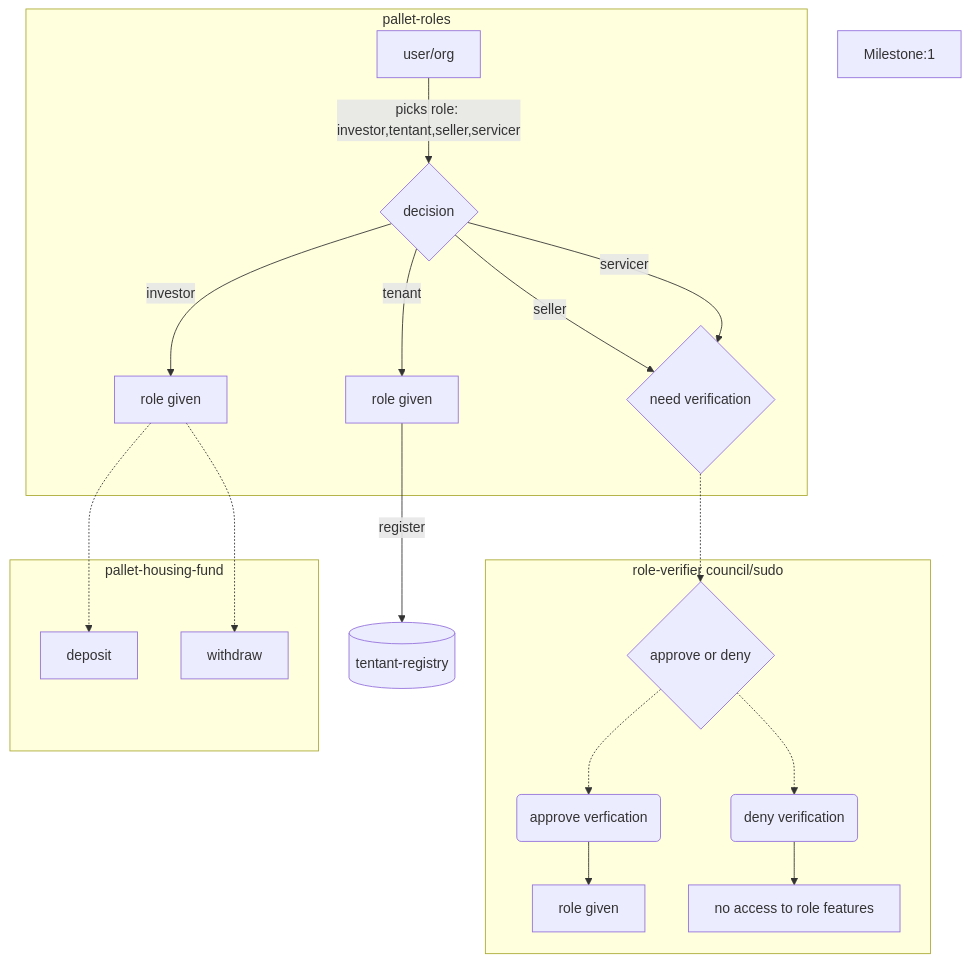
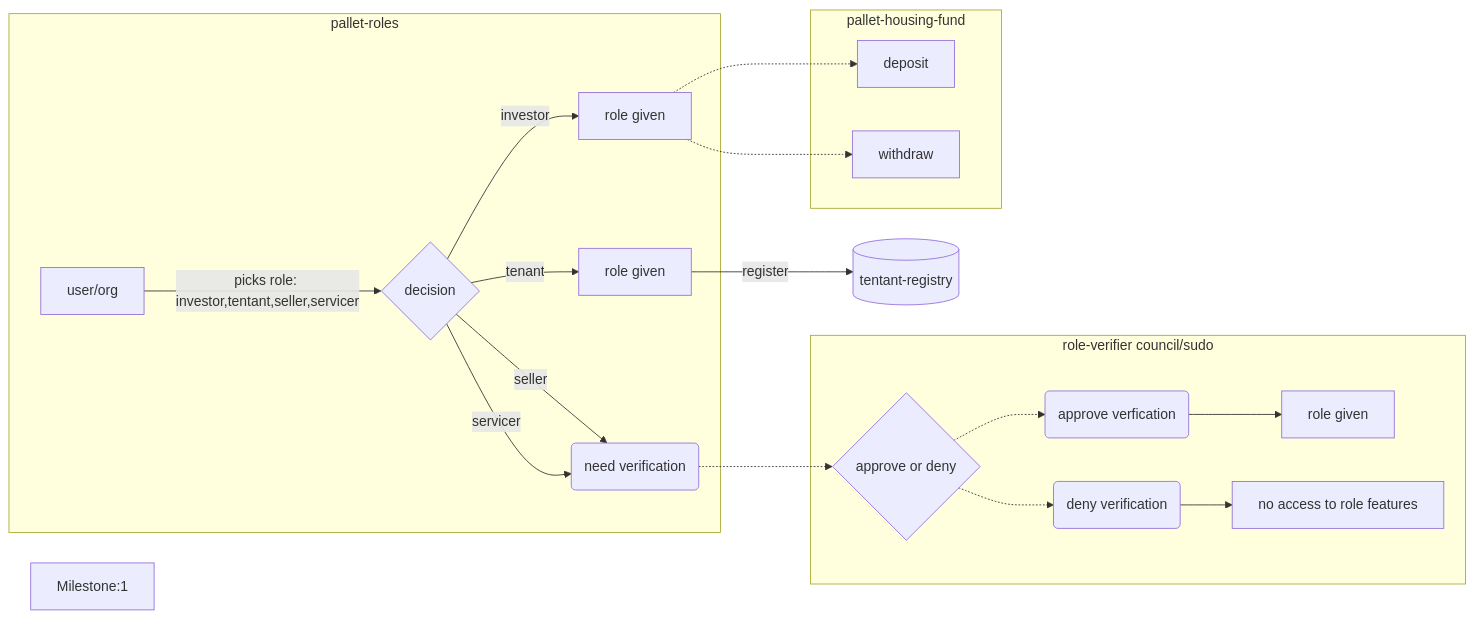
The second of 3 diagrams in applications/fair_squares.md (w3f/Grants-Program), drawn with Mermaid before and after one commit. The commit also changed other lines of this file, not shown here.

````diff
--- a/applications/fair_squares.md
+++ b/applications/fair_squares.md
@@ -319,23 +319,23 @@
 ```mermaid
-flowchart
+flowchart LR
 Milestone:1
     D -->|register| Z[(tentant-registry)]
     subgraph pallet-roles
     A[user/org] -->|picks role: investor,tentant,seller,servicer| B{decision}
     B -->|investor| C[role given]
     B -->|tenant| D[role given]
     B -->|seller| E{verifier}
-    B -->|servicer| E{need verification}
+    B -->|servicer| E(need verification)
     end
     subgraph role-verifier council/sudo
     E .-> F{approve or deny}
     F .-> G(approve verfication)
     F .-> K(deny verification)
     G --> J[role given]
     K --> L[no access to role features]
     end
     subgraph pallet-housing-fund
     C .-> H[deposit]
     C .-> I[withdraw]
     end
 ```
````
